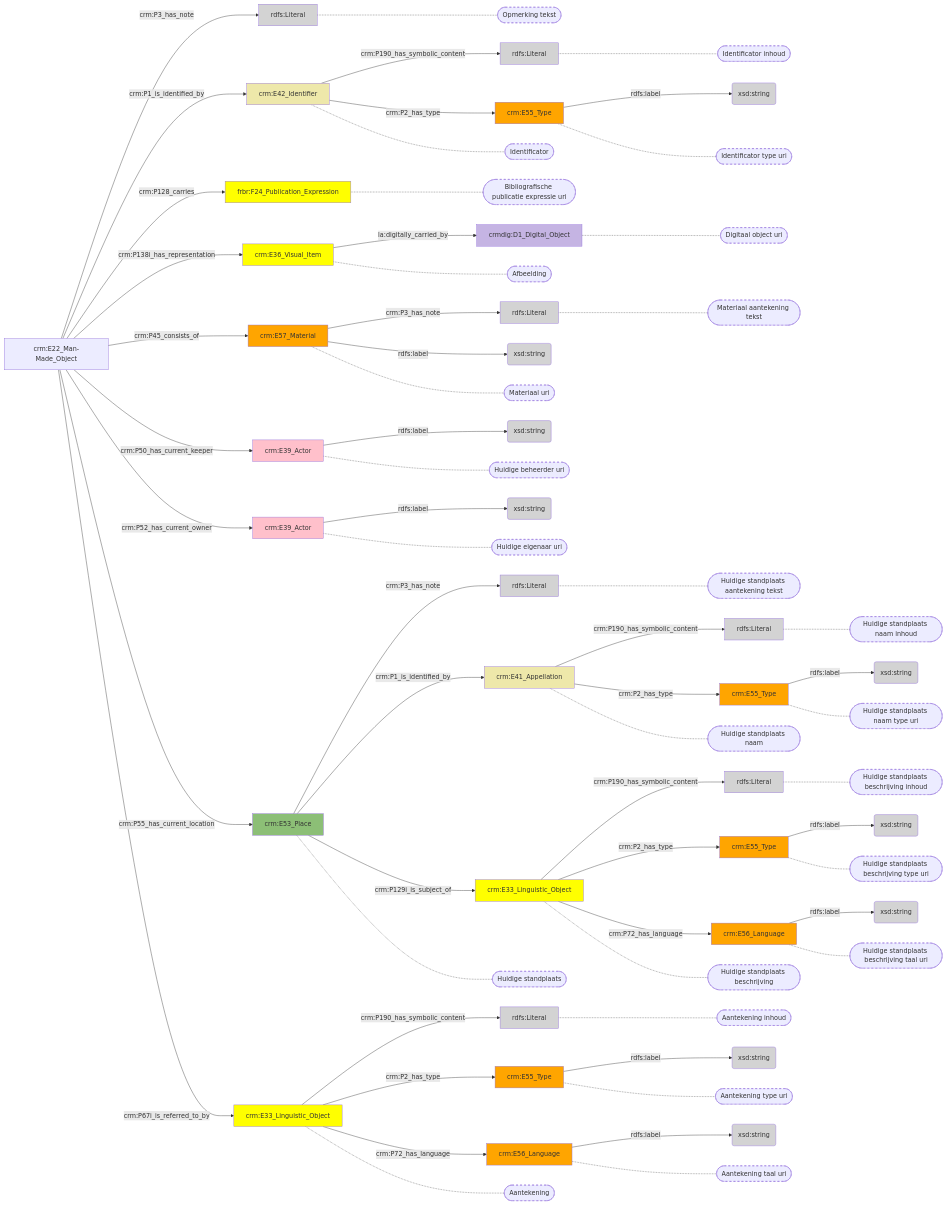
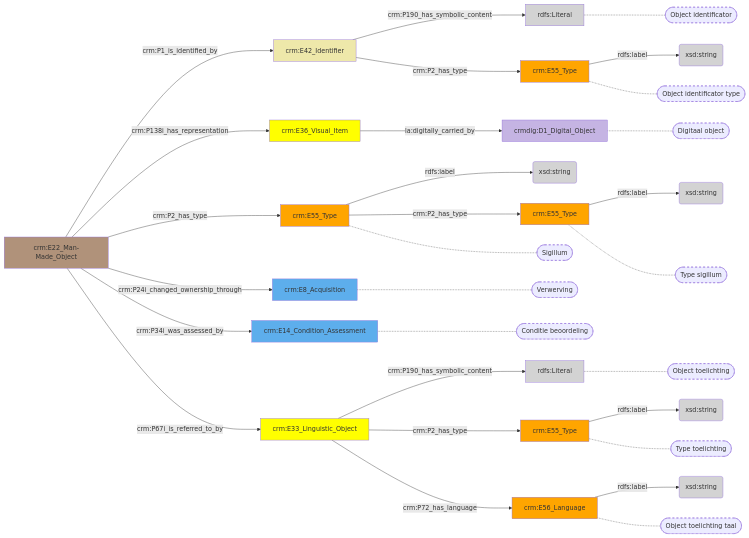
The diagram in docs/content/modellen/BibliographicalItem.md (digipolisantwerpdocumentation/antwerp-cultureel-erfgoed), drawn with Mermaid before and after one commit. The commit also changed 173 other files, not shown here.

````diff
--- a/docs/content/modellen/BibliographicalItem.md
+++ b/docs/content/modellen/BibliographicalItem.md
@@ -1,91 +1,44 @@
 ```mermaid
 graph LR
-099f196c-df80-11ed-9232-00163e71351b["crm:E22_Man-Made_Object"]-->|"crm:P3_has_note"|3725e56e-df80-11ed-9655-00163e71351b(rdfs:Literal)
-0c435b50-4bbf-11ee-a9ac-00163e71351b["crm:E41_Appellation"]-->|"crm:P190_has_symbolic_content"|0c435f60-4bbf-11ee-a9ac-00163e71351b(rdfs:Literal)
-0c4360a0-4bbf-11ee-a9ac-00163e71351b["crm:E55_Type"]-->|"rdfs:label"|0c43619a-4bbf-11ee-a9ac-00163e71351b(xsd:string)
 31fafa48-df80-11ed-9064-00163e71351b["crm:E42_Identifier"]-->|"crm:P190_has_symbolic_content"|31faff2a-df80-11ed-9064-00163e71351b(rdfs:Literal)
 31fb00ec-df80-11ed-9064-00163e71351b["crm:E55_Type"]-->|"rdfs:label"|31fb051a-df80-11ed-9064-00163e71351b(xsd:string)
 35eb661e-ee5e-11ed-a1e6-00163e71351b["crm:E33_Linguistic_Object"]-->|"crm:P190_has_symbolic_content"|35eb71cc-ee5e-11ed-a1e6-00163e71351b(rdfs:Literal)
 35eb6d76-ee5e-11ed-a1e6-00163e71351b["crm:E55_Type"]-->|"rdfs:label"|35eb7578-ee5e-11ed-a1e6-00163e71351b(xsd:string)
 35eb6fce-ee5e-11ed-a1e6-00163e71351b["crm:E56_Language"]-->|"rdfs:label"|35eb73ac-ee5e-11ed-a1e6-00163e71351b(xsd:string)
-3d7e5e70-ed7f-11ed-9064-00163e71351b["crm:E53_Place"]-->|"crm:P3_has_note"|3d7e632a-ed7f-11ed-9064-00163e71351b(rdfs:Literal)
-4cf1af0e-df80-11ed-9655-00163e71351b["crm:E39_Actor"]-->|"rdfs:label"|4cf1b3a0-df80-11ed-9655-00163e71351b(xsd:string)
-512ffd00-df80-11ed-9064-00163e71351b["crm:E39_Actor"]-->|"rdfs:label"|513001c4-df80-11ed-9064-00163e71351b(xsd:string)
-652f9800-4bbf-11ee-b0c4-00163e71351b["crm:E33_Linguistic_Object"]-->|"crm:P190_has_symbolic_content"|652f9b98-4bbf-11ee-b0c4-00163e71351b(rdfs:Literal)
-652f9dc8-4bbf-11ee-b0c4-00163e71351b["crm:E55_Type"]-->|"rdfs:label"|652f9cce-4bbf-11ee-b0c4-00163e71351b(xsd:string)
-652f9f9e-4bbf-11ee-b0c4-00163e71351b["crm:E56_Language"]-->|"rdfs:label"|652f9eb8-4bbf-11ee-b0c4-00163e71351b(xsd:string)
-97ac7060-4bbe-11ee-a9ac-00163e71351b["crm:E57_Material"]-->|"crm:P3_has_note"|97ac7420-4bbe-11ee-a9ac-00163e71351b(rdfs:Literal)
-97ac7060-4bbe-11ee-a9ac-00163e71351b["crm:E57_Material"]-->|"rdfs:label"|97ac7556-4bbe-11ee-a9ac-00163e71351b(xsd:string)
+5f7d3f52-62b7-11ee-bc5c-00163e71351b["crm:E55_Type"]-->|"rdfs:label"|5f7d466e-62b7-11ee-bc5c-00163e71351b(xsd:string)
+5f7d44a2-62b7-11ee-bc5c-00163e71351b["crm:E55_Type"]-->|"rdfs:label"|5f7d47e0-62b7-11ee-bc5c-00163e71351b(xsd:string)
 099f196c-df80-11ed-9232-00163e71351b["crm:E22_Man-Made_Object"]-->|"crm:P1_is_identified_by"|31fafa48-df80-11ed-9064-00163e71351b["crm:E42_Identifier"]
-099f196c-df80-11ed-9232-00163e71351b["crm:E22_Man-Made_Object"]-->|"crm:P128_carries"|0e6665b8-e435-11ed-9655-00163e71351b["frbr:F24_Publication_Expression"]
 099f196c-df80-11ed-9232-00163e71351b["crm:E22_Man-Made_Object"]-->|"crm:P138i_has_representation"|643c66b8-df80-11ed-9655-00163e71351b["crm:E36_Visual_Item"]
-099f196c-df80-11ed-9232-00163e71351b["crm:E22_Man-Made_Object"]-->|"crm:P45_consists_of"|97ac7060-4bbe-11ee-a9ac-00163e71351b["crm:E57_Material"]
-099f196c-df80-11ed-9232-00163e71351b["crm:E22_Man-Made_Object"]-->|"crm:P50_has_current_keeper"|4cf1af0e-df80-11ed-9655-00163e71351b["crm:E39_Actor"]
-099f196c-df80-11ed-9232-00163e71351b["crm:E22_Man-Made_Object"]-->|"crm:P52_has_current_owner"|512ffd00-df80-11ed-9064-00163e71351b["crm:E39_Actor"]
-099f196c-df80-11ed-9232-00163e71351b["crm:E22_Man-Made_Object"]-->|"crm:P55_has_current_location"|3d7e5e70-ed7f-11ed-9064-00163e71351b["crm:E53_Place"]
+099f196c-df80-11ed-9232-00163e71351b["crm:E22_Man-Made_Object"]-->|"crm:P2_has_type"|5f7d3f52-62b7-11ee-bc5c-00163e71351b["crm:E55_Type"]
+099f196c-df80-11ed-9232-00163e71351b["crm:E22_Man-Made_Object"]-->|"crm:P24i_changed_ownership_through"|afd18e06-62c4-11ee-a9ac-00163e71351b["crm:E8_Acquisition"]
+099f196c-df80-11ed-9232-00163e71351b["crm:E22_Man-Made_Object"]-->|"crm:P34i_was_assessed_by"|d0818f0c-62c4-11ee-b0c4-00163e71351b["crm:E14_Condition_Assessment"]
 099f196c-df80-11ed-9232-00163e71351b["crm:E22_Man-Made_Object"]-->|"crm:P67i_is_referred_to_by"|35eb661e-ee5e-11ed-a1e6-00163e71351b["crm:E33_Linguistic_Object"]
-0c435b50-4bbf-11ee-a9ac-00163e71351b["crm:E41_Appellation"]-->|"crm:P2_has_type"|0c4360a0-4bbf-11ee-a9ac-00163e71351b["crm:E55_Type"]
 31fafa48-df80-11ed-9064-00163e71351b["crm:E42_Identifier"]-->|"crm:P2_has_type"|31fb00ec-df80-11ed-9064-00163e71351b["crm:E55_Type"]
 35eb661e-ee5e-11ed-a1e6-00163e71351b["crm:E33_Linguistic_Object"]-->|"crm:P2_has_type"|35eb6d76-ee5e-11ed-a1e6-00163e71351b["crm:E55_Type"]
 35eb661e-ee5e-11ed-a1e6-00163e71351b["crm:E33_Linguistic_Object"]-->|"crm:P72_has_language"|35eb6fce-ee5e-11ed-a1e6-00163e71351b["crm:E56_Language"]
-3d7e5e70-ed7f-11ed-9064-00163e71351b["crm:E53_Place"]-->|"crm:P1_is_identified_by"|0c435b50-4bbf-11ee-a9ac-00163e71351b["crm:E41_Appellation"]
-3d7e5e70-ed7f-11ed-9064-00163e71351b["crm:E53_Place"]-->|"crm:P129i_is_subject_of"|652f9800-4bbf-11ee-b0c4-00163e71351b["crm:E33_Linguistic_Object"]
+5f7d3f52-62b7-11ee-bc5c-00163e71351b["crm:E55_Type"]-->|"crm:P2_has_type"|5f7d44a2-62b7-11ee-bc5c-00163e71351b["crm:E55_Type"]
 643c66b8-df80-11ed-9655-00163e71351b["crm:E36_Visual_Item"]-->|"la:digitally_carried_by"|643c6a00-df80-11ed-9655-00163e71351b["crmdig:D1_Digital_Object"]
-652f9800-4bbf-11ee-b0c4-00163e71351b["crm:E33_Linguistic_Object"]-->|"crm:P2_has_type"|652f9dc8-4bbf-11ee-b0c4-00163e71351b["crm:E55_Type"]
-652f9800-4bbf-11ee-b0c4-00163e71351b["crm:E33_Linguistic_Object"]-->|"crm:P72_has_language"|652f9f9e-4bbf-11ee-b0c4-00163e71351b["crm:E56_Language"]
-style 31fafa48-df80-11ed-9064-00163e71351b_s stroke-dasharray: 5
-style 0e6665b8-e435-11ed-9655-00163e71351b_s stroke-dasharray: 5
-style 643c66b8-df80-11ed-9655-00163e71351b_s stroke-dasharray: 5
-style 3725e56e-df80-11ed-9655-00163e71351b_s stroke-dasharray: 5
-style 97ac7060-4bbe-11ee-a9ac-00163e71351b_s stroke-dasharray: 5
-style 4cf1af0e-df80-11ed-9655-00163e71351b_s stroke-dasharray: 5
-style 512ffd00-df80-11ed-9064-00163e71351b_s stroke-dasharray: 5
-style 3d7e5e70-ed7f-11ed-9064-00163e71351b_s stroke-dasharray: 5
-style 35eb661e-ee5e-11ed-a1e6-00163e71351b_s stroke-dasharray: 5
-style 0c435f60-4bbf-11ee-a9ac-00163e71351b_s stroke-dasharray: 5
-style 0c4360a0-4bbf-11ee-a9ac-00163e71351b_s stroke-dasharray: 5
+style 5f7d3f52-62b7-11ee-bc5c-00163e71351b_s stroke-dasharray: 5
+style afd18e06-62c4-11ee-a9ac-00163e71351b_s stroke-dasharray: 5
+style d0818f0c-62c4-11ee-b0c4-00163e71351b_s stroke-dasharray: 5
 style 31faff2a-df80-11ed-9064-00163e71351b_s stroke-dasharray: 5
 style 31fb00ec-df80-11ed-9064-00163e71351b_s stroke-dasharray: 5
 style 35eb71cc-ee5e-11ed-a1e6-00163e71351b_s stroke-dasharray: 5
 style 35eb6d76-ee5e-11ed-a1e6-00163e71351b_s stroke-dasharray: 5
 style 35eb6fce-ee5e-11ed-a1e6-00163e71351b_s stroke-dasharray: 5
-style 0c435b50-4bbf-11ee-a9ac-00163e71351b_s stroke-dasharray: 5
-style 652f9800-4bbf-11ee-b0c4-00163e71351b_s stroke-dasharray: 5
-style 3d7e632a-ed7f-11ed-9064-00163e71351b_s stroke-dasharray: 5
+style 5f7d44a2-62b7-11ee-bc5c-00163e71351b_s stroke-dasharray: 5
 style 643c6a00-df80-11ed-9655-00163e71351b_s stroke-dasharray: 5
-style 652f9b98-4bbf-11ee-b0c4-00163e71351b_s stroke-dasharray: 5
-style 652f9dc8-4bbf-11ee-b0c4-00163e71351b_s stroke-dasharray: 5
-style 652f9f9e-4bbf-11ee-b0c4-00163e71351b_s stroke-dasharray: 5
-style 97ac7420-4bbe-11ee-a9ac-00163e71351b_s stroke-dasharray: 5
-31fafa48-df80-11ed-9064-00163e71351b["crm:E42_Identifier"]-.-31fafa48-df80-11ed-9064-00163e71351b_s(["Identificator"])
-0e6665b8-e435-11ed-9655-00163e71351b["frbr:F24_Publication_Expression"]-.-0e6665b8-e435-11ed-9655-00163e71351b_s(["Bibliografische publicatie expressie uri"])
-643c66b8-df80-11ed-9655-00163e71351b["crm:E36_Visual_Item"]-.-643c66b8-df80-11ed-9655-00163e71351b_s(["Afbeelding"])
-3725e56e-df80-11ed-9655-00163e71351b["rdfs:Literal"]-.-3725e56e-df80-11ed-9655-00163e71351b_s(["Opmerking tekst"])
-97ac7060-4bbe-11ee-a9ac-00163e71351b["crm:E57_Material"]-.-97ac7060-4bbe-11ee-a9ac-00163e71351b_s(["Materiaal uri"])
-4cf1af0e-df80-11ed-9655-00163e71351b["crm:E39_Actor"]-.-4cf1af0e-df80-11ed-9655-00163e71351b_s(["Huidige beheerder uri"])
-512ffd00-df80-11ed-9064-00163e71351b["crm:E39_Actor"]-.-512ffd00-df80-11ed-9064-00163e71351b_s(["Huidige eigenaar uri"])
-3d7e5e70-ed7f-11ed-9064-00163e71351b["crm:E53_Place"]-.-3d7e5e70-ed7f-11ed-9064-00163e71351b_s(["Huidige standplaats"])
-35eb661e-ee5e-11ed-a1e6-00163e71351b["crm:E33_Linguistic_Object"]-.-35eb661e-ee5e-11ed-a1e6-00163e71351b_s(["Aantekening"])
-0c435f60-4bbf-11ee-a9ac-00163e71351b["rdfs:Literal"]-.-0c435f60-4bbf-11ee-a9ac-00163e71351b_s(["Huidige standplaats naam inhoud"])
-0c4360a0-4bbf-11ee-a9ac-00163e71351b["crm:E55_Type"]-.-0c4360a0-4bbf-11ee-a9ac-00163e71351b_s(["Huidige standplaats naam type uri"])
-31faff2a-df80-11ed-9064-00163e71351b["rdfs:Literal"]-.-31faff2a-df80-11ed-9064-00163e71351b_s(["Identificator inhoud"])
-31fb00ec-df80-11ed-9064-00163e71351b["crm:E55_Type"]-.-31fb00ec-df80-11ed-9064-00163e71351b_s(["Identificator type uri"])
-35eb71cc-ee5e-11ed-a1e6-00163e71351b["rdfs:Literal"]-.-35eb71cc-ee5e-11ed-a1e6-00163e71351b_s(["Aantekening inhoud"])
-35eb6d76-ee5e-11ed-a1e6-00163e71351b["crm:E55_Type"]-.-35eb6d76-ee5e-11ed-a1e6-00163e71351b_s(["Aantekening type uri"])
-35eb6fce-ee5e-11ed-a1e6-00163e71351b["crm:E56_Language"]-.-35eb6fce-ee5e-11ed-a1e6-00163e71351b_s(["Aantekening taal uri"])
-0c435b50-4bbf-11ee-a9ac-00163e71351b["crm:E41_Appellation"]-.-0c435b50-4bbf-11ee-a9ac-00163e71351b_s(["Huidige standplaats naam"])
-652f9800-4bbf-11ee-b0c4-00163e71351b["crm:E33_Linguistic_Object"]-.-652f9800-4bbf-11ee-b0c4-00163e71351b_s(["Huidige standplaats beschrijving"])
-3d7e632a-ed7f-11ed-9064-00163e71351b["rdfs:Literal"]-.-3d7e632a-ed7f-11ed-9064-00163e71351b_s(["Huidige standplaats aantekening tekst"])
-643c6a00-df80-11ed-9655-00163e71351b["crmdig:D1_Digital_Object"]-.-643c6a00-df80-11ed-9655-00163e71351b_s(["Digitaal object uri"])
-652f9b98-4bbf-11ee-b0c4-00163e71351b["rdfs:Literal"]-.-652f9b98-4bbf-11ee-b0c4-00163e71351b_s(["Huidige standplaats beschrijving inhoud"])
-652f9dc8-4bbf-11ee-b0c4-00163e71351b["crm:E55_Type"]-.-652f9dc8-4bbf-11ee-b0c4-00163e71351b_s(["Huidige standplaats beschrijving type uri"])
-652f9f9e-4bbf-11ee-b0c4-00163e71351b["crm:E56_Language"]-.-652f9f9e-4bbf-11ee-b0c4-00163e71351b_s(["Huidige standplaats beschrijving taal uri"])
-97ac7420-4bbe-11ee-a9ac-00163e71351b["rdfs:Literal"]-.-97ac7420-4bbe-11ee-a9ac-00163e71351b_s(["Materiaal aantekening tekst"])
-style 0c435b50-4bbf-11ee-a9ac-00163e71351b fill:#EEE8AA
-style 0c435f60-4bbf-11ee-a9ac-00163e71351b fill:#D3D3D3
-style 0c4360a0-4bbf-11ee-a9ac-00163e71351b fill:#ffa500
-style 0c43619a-4bbf-11ee-a9ac-00163e71351b fill:#D3D3D3
-style 0e6665b8-e435-11ed-9655-00163e71351b fill:#ffff00
+5f7d3f52-62b7-11ee-bc5c-00163e71351b["crm:E55_Type"]-.-5f7d3f52-62b7-11ee-bc5c-00163e71351b_s(["Sigillum"])
+afd18e06-62c4-11ee-a9ac-00163e71351b["crm:E8_Acquisition"]-.-afd18e06-62c4-11ee-a9ac-00163e71351b_s(["Verwerving"])
+d0818f0c-62c4-11ee-b0c4-00163e71351b["crm:E14_Condition_Assessment"]-.-d0818f0c-62c4-11ee-b0c4-00163e71351b_s(["Conditie beoordeling"])
+31faff2a-df80-11ed-9064-00163e71351b["rdfs:Literal"]-.-31faff2a-df80-11ed-9064-00163e71351b_s(["Object identificator"])
+31fb00ec-df80-11ed-9064-00163e71351b["crm:E55_Type"]-.-31fb00ec-df80-11ed-9064-00163e71351b_s(["Object identificator type"])
+35eb71cc-ee5e-11ed-a1e6-00163e71351b["rdfs:Literal"]-.-35eb71cc-ee5e-11ed-a1e6-00163e71351b_s(["Object toelichting"])
+35eb6d76-ee5e-11ed-a1e6-00163e71351b["crm:E55_Type"]-.-35eb6d76-ee5e-11ed-a1e6-00163e71351b_s(["Type "toelichting""])
+35eb6fce-ee5e-11ed-a1e6-00163e71351b["crm:E56_Language"]-.-35eb6fce-ee5e-11ed-a1e6-00163e71351b_s(["Object toelichting taal"])
+5f7d44a2-62b7-11ee-bc5c-00163e71351b["crm:E55_Type"]-.-5f7d44a2-62b7-11ee-bc5c-00163e71351b_s(["Type "sigillum""])
+643c6a00-df80-11ed-9655-00163e71351b["crmdig:D1_Digital_Object"]-.-643c6a00-df80-11ed-9655-00163e71351b_s(["Digitaal object"])
+style 099f196c-df80-11ed-9232-00163e71351b fill:#B0927A
 style 31fafa48-df80-11ed-9064-00163e71351b fill:#EEE8AA
 style 31faff2a-df80-11ed-9064-00163e71351b fill:#D3D3D3
 style 31fb00ec-df80-11ed-9064-00163e71351b fill:#ffa500
@@ -96,22 +49,12 @@
 style 35eb71cc-ee5e-11ed-a1e6-00163e71351b fill:#D3D3D3
 style 35eb73ac-ee5e-11ed-a1e6-00163e71351b fill:#D3D3D3
 style 35eb7578-ee5e-11ed-a1e6-00163e71351b fill:#D3D3D3
-style 3725e56e-df80-11ed-9655-00163e71351b fill:#D3D3D3
-style 3d7e5e70-ed7f-11ed-9064-00163e71351b fill:#8CBF76
-style 3d7e632a-ed7f-11ed-9064-00163e71351b fill:#D3D3D3
-style 4cf1af0e-df80-11ed-9655-00163e71351b fill:#ffc0cb
-style 4cf1b3a0-df80-11ed-9655-00163e71351b fill:#D3D3D3
-style 512ffd00-df80-11ed-9064-00163e71351b fill:#ffc0cb
-style 513001c4-df80-11ed-9064-00163e71351b fill:#D3D3D3
+style 5f7d3f52-62b7-11ee-bc5c-00163e71351b fill:#ffa500
+style 5f7d44a2-62b7-11ee-bc5c-00163e71351b fill:#ffa500
+style 5f7d466e-62b7-11ee-bc5c-00163e71351b fill:#D3D3D3
+style 5f7d47e0-62b7-11ee-bc5c-00163e71351b fill:#D3D3D3
 style 643c66b8-df80-11ed-9655-00163e71351b fill:#ffff00
 style 643c6a00-df80-11ed-9655-00163e71351b fill:#C5B4E3
-style 652f9800-4bbf-11ee-b0c4-00163e71351b fill:#ffff00
-style 652f9b98-4bbf-11ee-b0c4-00163e71351b fill:#D3D3D3
-style 652f9cce-4bbf-11ee-b0c4-00163e71351b fill:#D3D3D3
-style 652f9dc8-4bbf-11ee-b0c4-00163e71351b fill:#ffa500
-style 652f9eb8-4bbf-11ee-b0c4-00163e71351b fill:#D3D3D3
-style 652f9f9e-4bbf-11ee-b0c4-00163e71351b fill:#ffa500
-style 97ac7060-4bbe-11ee-a9ac-00163e71351b fill:#ffa500
-style 97ac7420-4bbe-11ee-a9ac-00163e71351b fill:#D3D3D3
-style 97ac7556-4bbe-11ee-a9ac-00163e71351b fill:#D3D3D3
+style afd18e06-62c4-11ee-a9ac-00163e71351b fill:#5DAEEC
+style d0818f0c-62c4-11ee-b0c4-00163e71351b fill:#5DAEEC
 ```
````
